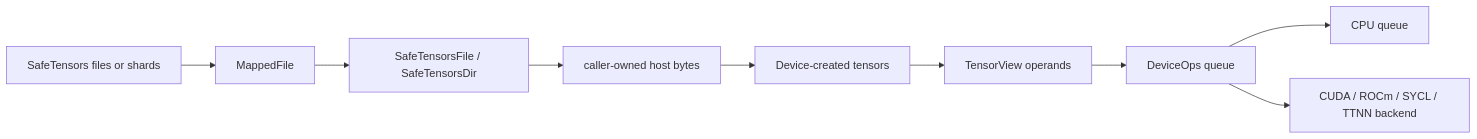
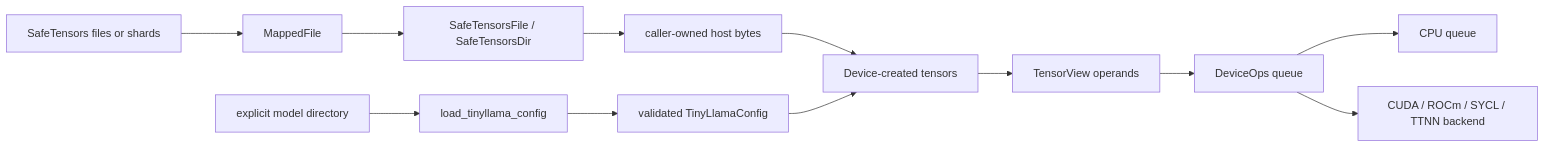
One commit to rlewczuk/iom changed the diagram in docs/ARCHITECTURE.md. Above: the diagram before and after it, drawn with Mermaid. The commit also changed other lines of this file and 7 other files, not shown here.

Commit message:
csw-run-worker(006-tinyllama/02-configuration-weight-loading/01-supported-configuration): Validate the supported TinyLlama configuration from an explicit model directory with a derived, checked head plan and contextual diagnostics

````diff
--- a/docs/ARCHITECTURE.md
+++ b/docs/ARCHITECTURE.md
@@ -12,11 +12,14 @@
 ```mermaid
 flowchart LR
+    directory[explicit model directory] --> config[load_tinyllama_config]
+    config --> dimensions[validated TinyLlamaConfig]
     weights[SafeTensors files or shards] --> mapped[MappedFile]
     mapped --> store[SafeTensorsFile / SafeTensorsDir]
     store --> host[caller-owned host bytes]
     host --> tensor[Device-created tensors]
+    dimensions --> tensor
     tensor --> view[TensorView operands]
     view --> queue[DeviceOps queue]
     queue --> cpu[CPU queue]
     queue --> accel[CUDA / ROCm / SYCL / TTNN backend]
 ```
````
